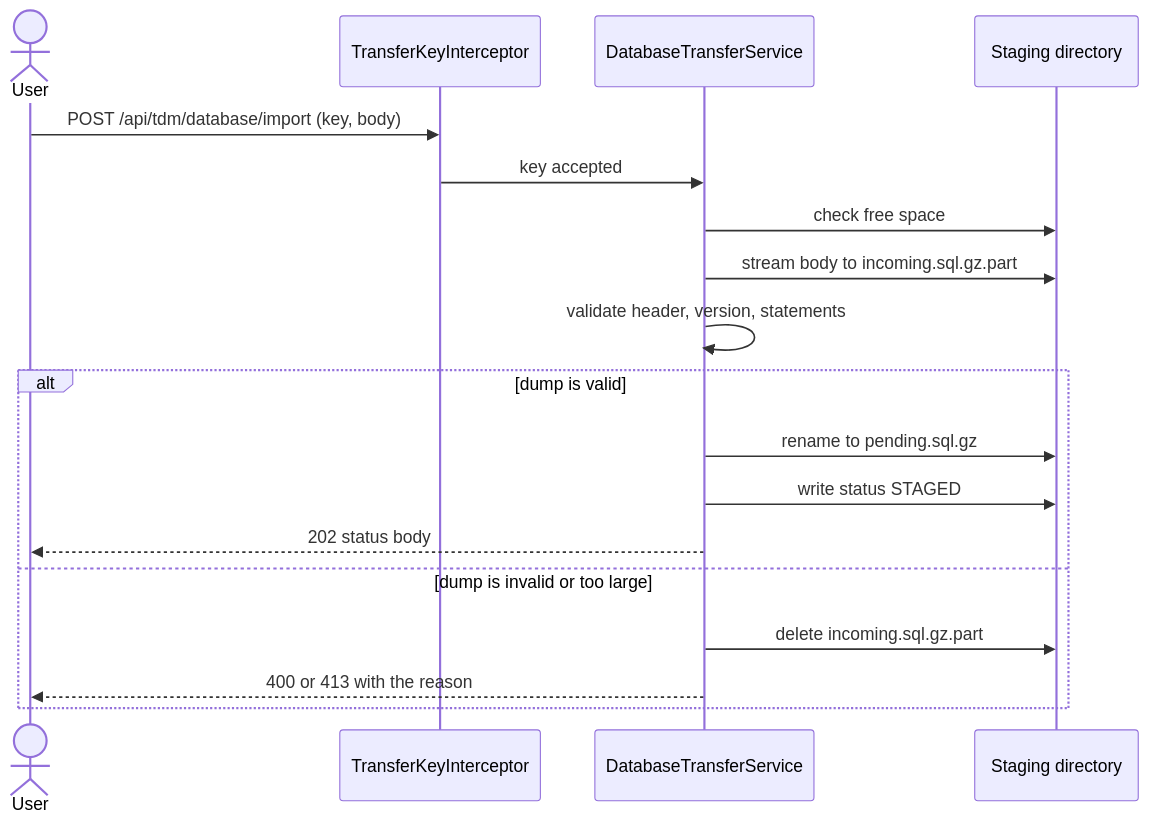
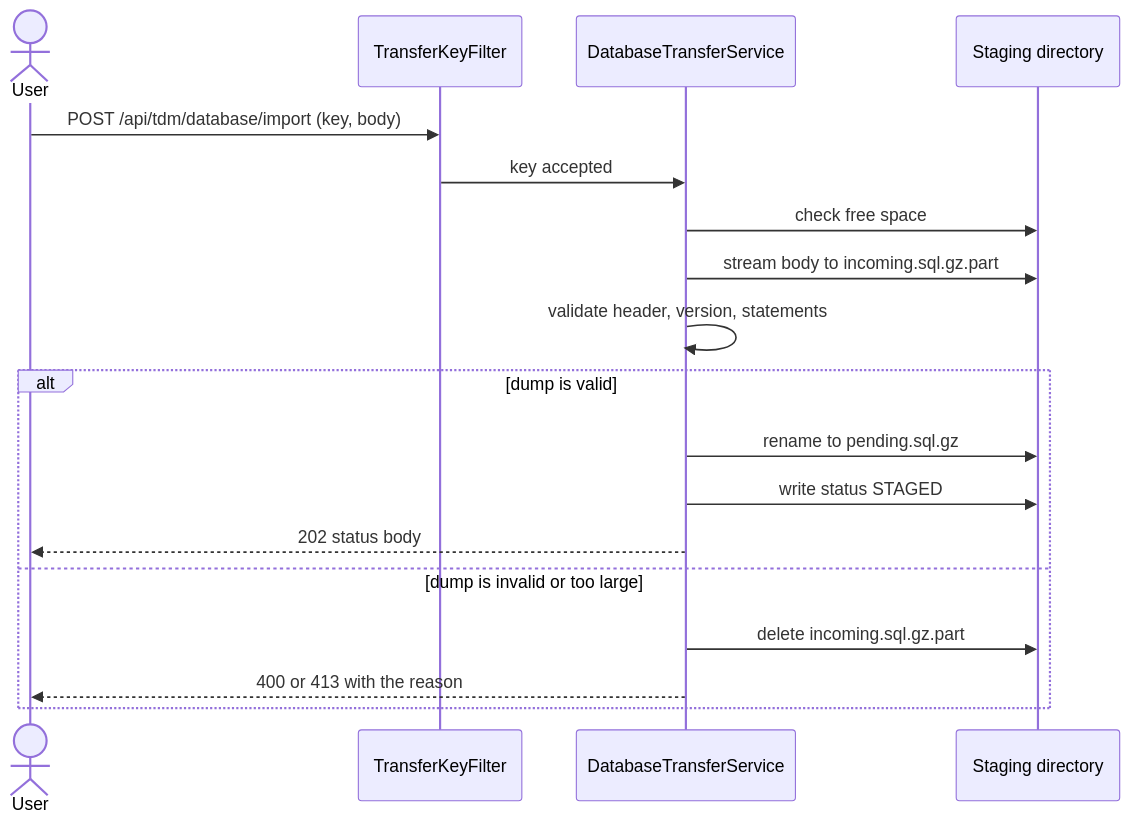
Before and after one commit to Netcracker/qubership-testing-platform-tdm3: the third of 5 diagrams in docs/design/database-transfer.md, drawn with Mermaid. The commit also changed other lines of this file and 27 other files, not shown here.

````diff
--- a/docs/design/database-transfer.md
+++ b/docs/design/database-transfer.md
@@ -303,21 +319,21 @@
 ```mermaid
 sequenceDiagram
     actor User
-    participant Guard as TransferKeyInterceptor
+    participant Guard as TransferKeyFilter
     participant Svc as DatabaseTransferService
     participant FS as Staging directory
 
     User->>Guard: POST /api/tdm/database/import (key, body)
     Guard->>Svc: key accepted
     Svc->>FS: check free space
     Svc->>FS: stream body to incoming.sql.gz.part
     Svc->>Svc: validate header, version, statements
     alt dump is valid
         Svc->>FS: rename to pending.sql.gz
         Svc->>FS: write status STAGED
         Svc-->>User: 202 status body
     else dump is invalid or too large
         Svc->>FS: delete incoming.sql.gz.part
         Svc-->>User: 400 or 413 with the reason
     end
 ```
````
